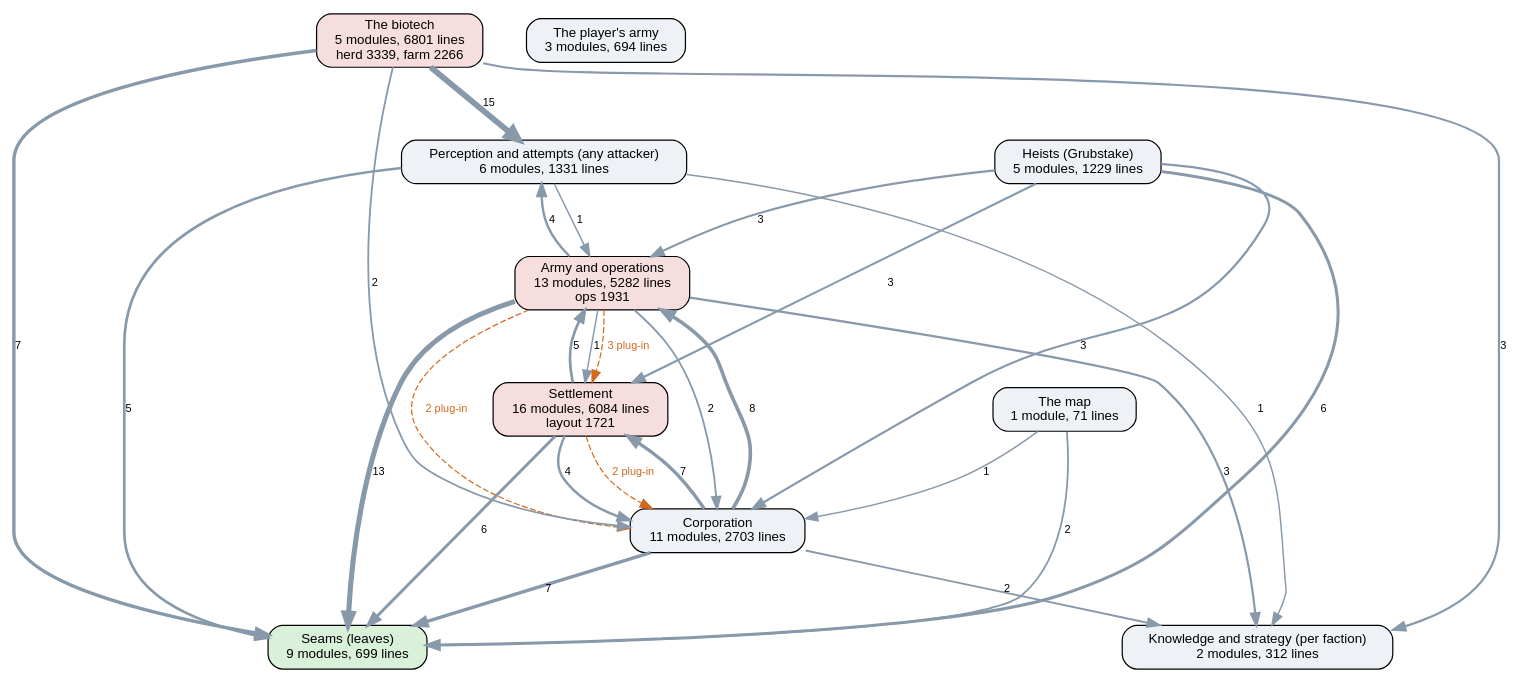
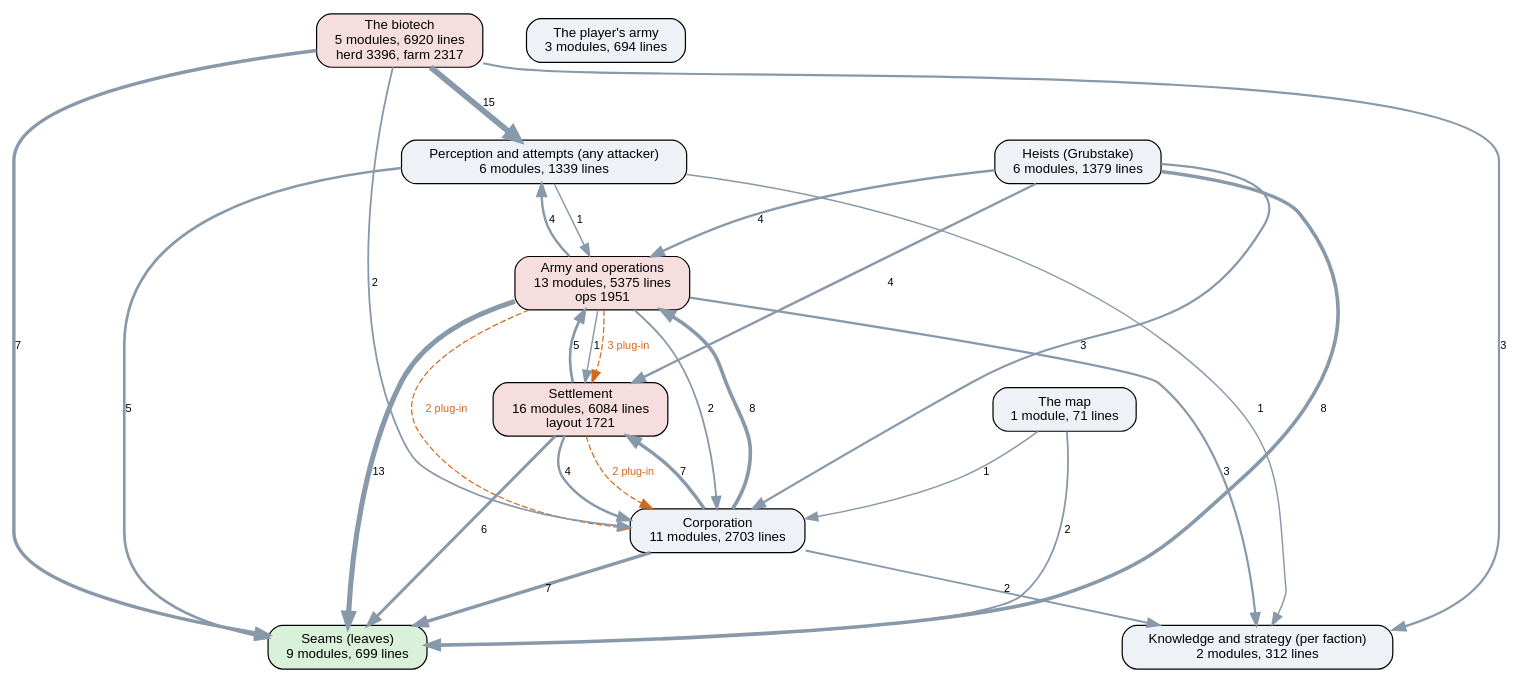
The diagram in docs/ai-layers.dot (kinelhu/landing-party), drawn with Graphviz before and after one commit. The commit also changed 18 other files, not shown here.

```diff
--- a/docs/ai-layers.dot
+++ b/docs/ai-layers.dot
@@ -1,43 +1,43 @@
 digraph layers {
   graph [rankdir=TB, fontname="Helvetica", nodesep=0.5, ranksep=0.7];
   node [shape=box, style="rounded,filled", fontname="Helvetica", fontsize=11, fillcolor="#eef2f7"];
   edge [color="#8899aa", fontname="Helvetica", fontsize=9];
   "Seams (leaves)" [label="Seams (leaves)\n9 modules, 699 lines", fillcolor="#d9f0d9"];
-  "Perception and attempts (any attacker)" [label="Perception and attempts (any attacker)\n6 modules, 1331 lines", fillcolor="#eef2f7"];
+  "Perception and attempts (any attacker)" [label="Perception and attempts (any attacker)\n6 modules, 1339 lines", fillcolor="#eef2f7"];
   "Knowledge and strategy (per faction)" [label="Knowledge and strategy (per faction)\n2 modules, 312 lines", fillcolor="#eef2f7"];
   "Corporation" [label="Corporation\n11 modules, 2703 lines", fillcolor="#eef2f7"];
   "Settlement" [label="Settlement\n16 modules, 6084 lines\nlayout 1721", fillcolor="#f7dede"];
-  "Army and operations" [label="Army and operations\n13 modules, 5282 lines\nops 1931", fillcolor="#f7dede"];
-  "Heists (Grubstake)" [label="Heists (Grubstake)\n5 modules, 1229 lines", fillcolor="#eef2f7"];
-  "The biotech" [label="The biotech\n5 modules, 6801 lines\nherd 3339, farm 2266", fillcolor="#f7dede"];
+  "Army and operations" [label="Army and operations\n13 modules, 5375 lines\nops 1951", fillcolor="#f7dede"];
+  "Heists (Grubstake)" [label="Heists (Grubstake)\n6 modules, 1379 lines", fillcolor="#eef2f7"];
+  "The biotech" [label="The biotech\n5 modules, 6920 lines\nherd 3396, farm 2317", fillcolor="#f7dede"];
   "The map" [label="The map\n1 module, 71 lines", fillcolor="#eef2f7"];
   "The player's army" [label="The player's army\n3 modules, 694 lines", fillcolor="#eef2f7"];
   "Army and operations" -> "Corporation" [label="2", penwidth=1.5];
   "Army and operations" -> "Knowledge and strategy (per faction)" [label="3", penwidth=1.8];
   "Army and operations" -> "Perception and attempts (any attacker)" [label="4", penwidth=2.0];
   "Army and operations" -> "Seams (leaves)" [label="13", penwidth=4.2];
   "Army and operations" -> "Settlement" [label="1", penwidth=1.2];
   "Corporation" -> "Army and operations" [label="8", penwidth=3.0];
   "Corporation" -> "Knowledge and strategy (per faction)" [label="2", penwidth=1.5];
   "Corporation" -> "Seams (leaves)" [label="7", penwidth=2.8];
   "Corporation" -> "Settlement" [label="7", penwidth=2.8];
-  "Heists (Grubstake)" -> "Army and operations" [label="3", penwidth=1.8];
+  "Heists (Grubstake)" -> "Army and operations" [label="4", penwidth=2.0];
   "Heists (Grubstake)" -> "Corporation" [label="3", penwidth=1.8];
-  "Heists (Grubstake)" -> "Seams (leaves)" [label="6", penwidth=2.5];
-  "Heists (Grubstake)" -> "Settlement" [label="3", penwidth=1.8];
+  "Heists (Grubstake)" -> "Seams (leaves)" [label="8", penwidth=3.0];
+  "Heists (Grubstake)" -> "Settlement" [label="4", penwidth=2.0];
   "Perception and attempts (any attacker)" -> "Army and operations" [label="1", penwidth=1.2];
   "Perception and attempts (any attacker)" -> "Knowledge and strategy (per faction)" [label="1", penwidth=1.2];
   "Perception and attempts (any attacker)" -> "Seams (leaves)" [label="5", penwidth=2.2];
   "Settlement" -> "Army and operations" [label="5", penwidth=2.2];
   "Settlement" -> "Corporation" [label="4", penwidth=2.0];
   "Settlement" -> "Seams (leaves)" [label="6", penwidth=2.5];
   "The biotech" -> "Corporation" [label="2", penwidth=1.5];
   "The biotech" -> "Knowledge and strategy (per faction)" [label="3", penwidth=1.8];
   "The biotech" -> "Perception and attempts (any attacker)" [label="15", penwidth=4.8];
   "The biotech" -> "Seams (leaves)" [label="7", penwidth=2.8];
   "The map" -> "Corporation" [label="1", penwidth=1.2];
   "The map" -> "Seams (leaves)" [label="2", penwidth=1.5];
   "Army and operations" -> "Corporation" [style=dashed, color="#d2691e", fontcolor="#d2691e", label="2 plug-in"];
   "Army and operations" -> "Settlement" [style=dashed, color="#d2691e", fontcolor="#d2691e", label="3 plug-in"];
   "Settlement" -> "Corporation" [style=dashed, color="#d2691e", fontcolor="#d2691e", label="2 plug-in"];
 }
```
